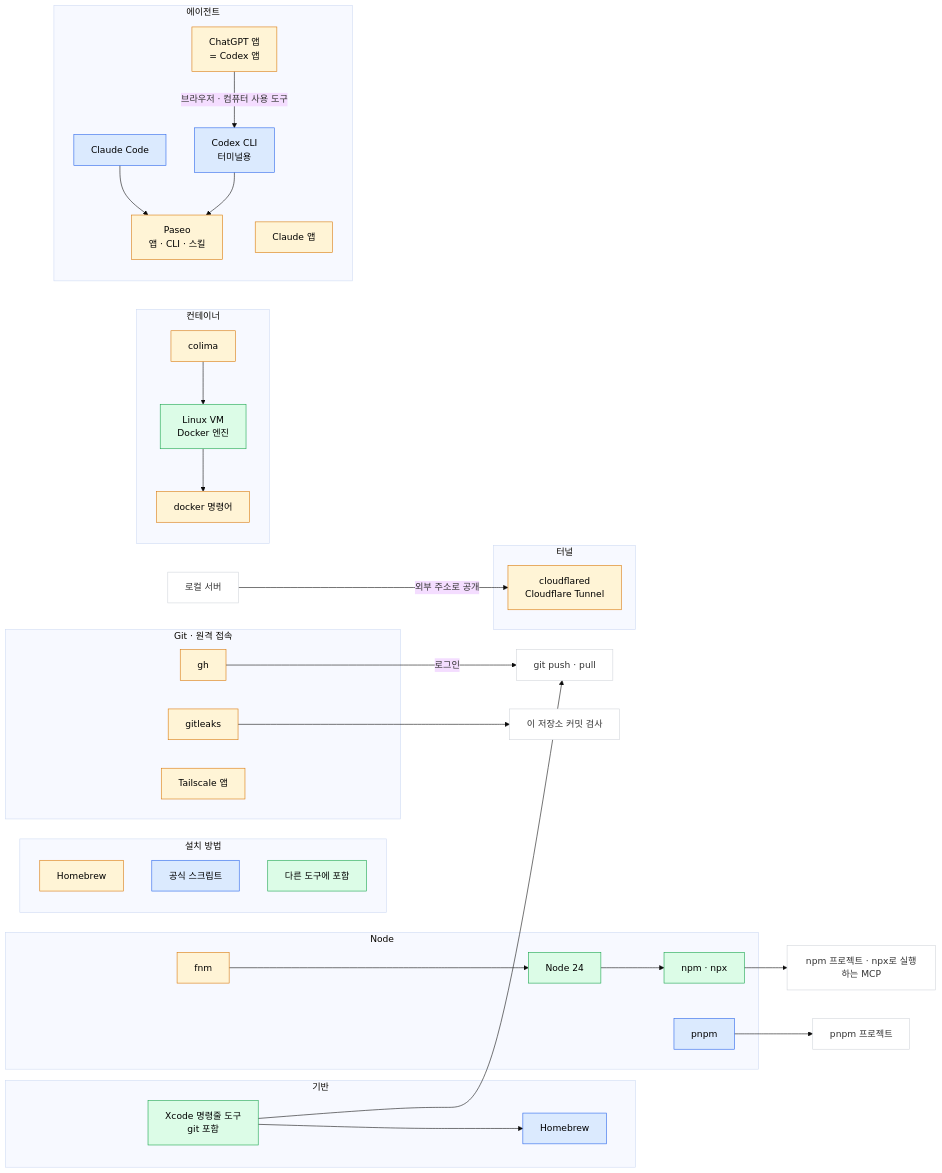
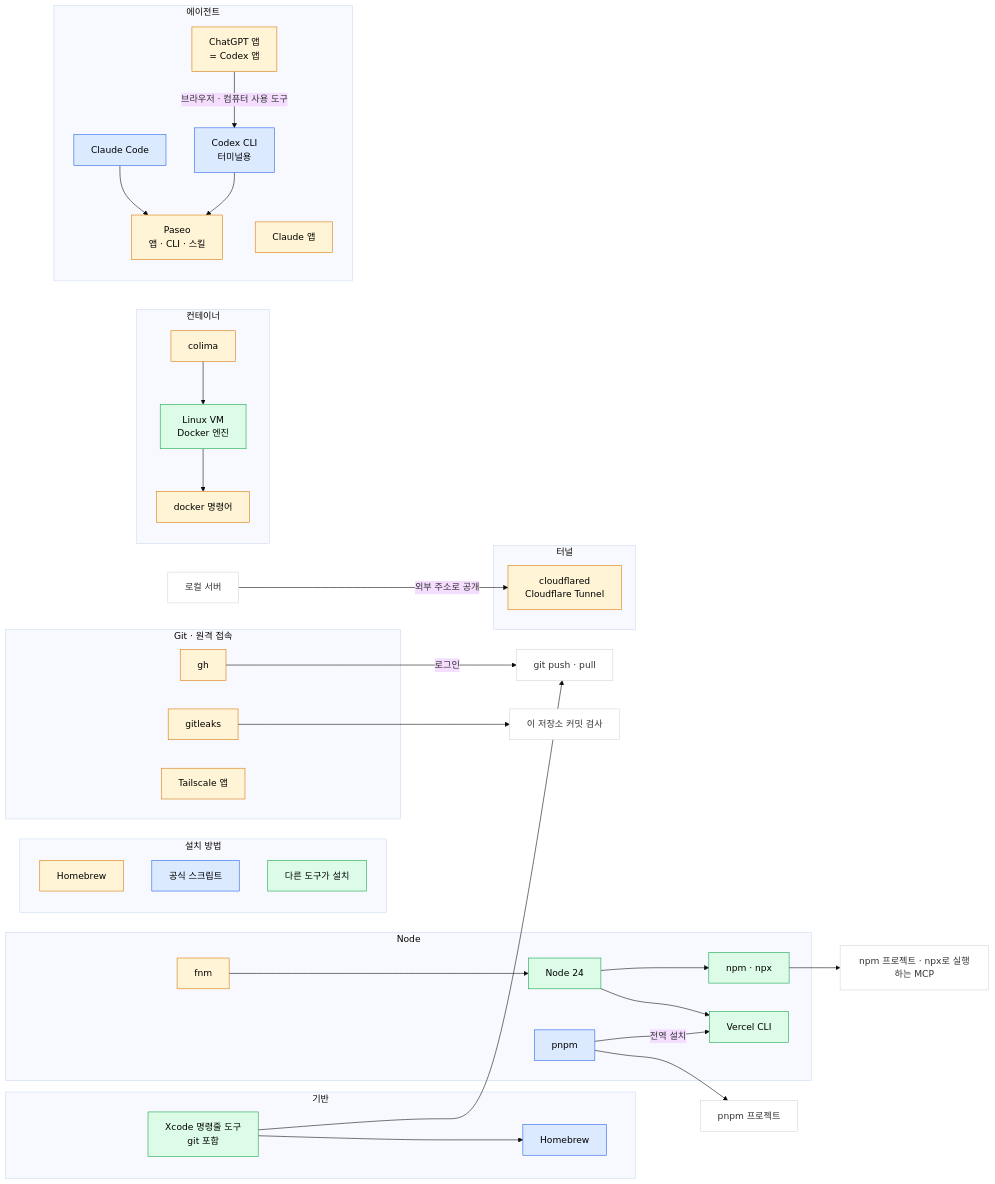
The diagram in TOOLS.md (01-works/bootstrap), drawn with Mermaid (base theme) before and after one commit. The commit also changed other lines of this file and 6 other files, not shown here.

First line of the commit message:
Vercel CLI 추가: pnpm 전역 설치 + 자동 업데이트

````diff
--- a/TOOLS.md
+++ b/TOOLS.md
@@ -9,69 +9,72 @@
 ```mermaid
 flowchart LR
   subgraph sgLegend["설치 방법"]
     direction TB
     LG1["Homebrew"]:::brew
     LG2["공식 스크립트"]:::script
-    LG3["다른 도구에 포함"]:::bundled
+    LG3["다른 도구가 설치"]:::bundled
   end
 
   subgraph sgBase["기반"]
     CLT["Xcode 명령줄 도구<br/>git 포함"]
     BREW["Homebrew"]
   end
   CLT --> BREW
 
   subgraph sgGit["Git · 원격 접속"]
     GH["gh"]
     GL["gitleaks"]
     TSAPP["Tailscale 앱"]
   end
   CLT --> GIT["git push · pull"]
   GH -->|로그인| GIT
   GL --> HOOK["이 저장소 커밋 검사"]
 
   subgraph sgNode["Node"]
     FNM["fnm"]
     NODE["Node 24"]
     NPM["npm · npx"]
     PNPM["pnpm"]
+    VERCEL["Vercel CLI"]
   end
   FNM --> NODE
   NODE --> NPM
   PNPM --> PP["pnpm 프로젝트"]
+  PNPM -->|전역 설치| VERCEL
+  NODE --> VERCEL
   NPM --> NP["npm 프로젝트 · npx로 실행하는 MCP"]
 
   subgraph sgDocker["컨테이너"]
     COLIMA["colima"]
     VM["Linux VM<br/>Docker 엔진"]
     DOCKER["docker 명령어"]
   end
   COLIMA --> VM
   VM --> DOCKER
 
   subgraph sgAgents["에이전트"]
     CC["Claude Code"]
     CLAUDEAPP["Claude 앱"]
     CHATGPT["ChatGPT 앱<br/>= Codex 앱"]
     CODEX["Codex CLI<br/>터미널용"]
     PASEO["Paseo<br/>앱 · CLI · 스킬"]
   end
   CHATGPT -->|브라우저 · 컴퓨터 사용 도구| CODEX
   CC --> PASEO
   CODEX --> PASEO
 
   subgraph sgTunnel["터널"]
     CF["cloudflared<br/>Cloudflare Tunnel"]
   end
   LOCAL["로컬 서버"] -->|외부 주소로 공개| CF
 
   classDef brew fill:#fff4d6,stroke:#d97706,color:#000
   classDef script fill:#dbeafe,stroke:#2563eb,color:#000
   classDef bundled fill:#dcfce7,stroke:#16a34a,color:#000
   classDef use fill:#ffffff,stroke:#d1d5db,color:#333
 
   class BREW,CC,CODEX,PNPM script
-  class CLT,NODE,NPM,VM bundled
+  class CLT,NODE,NPM,VM,VERCEL bundled
   class FNM,COLIMA,DOCKER,CLAUDEAPP,CHATGPT,PASEO,CF,GH,GL,TSAPP brew
   class PP,NP,GIT,HOOK,LOCAL use
 ```
````
